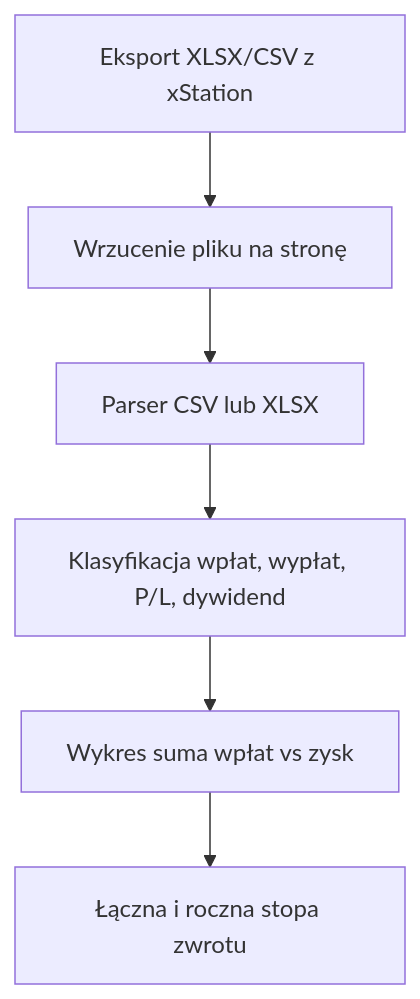
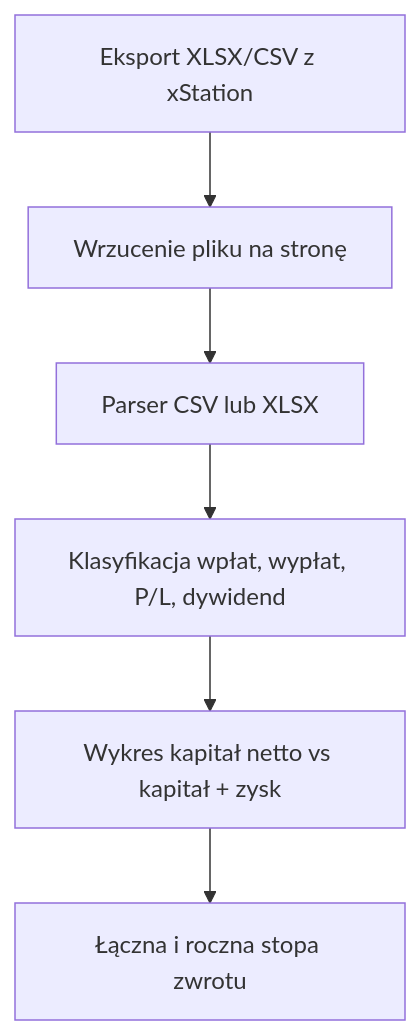
One commit to WojtejMN/XTB_IMPORT changed the diagram in docs/PLAN.md. Above: the diagram before and after it, drawn with Mermaid. The commit also changed other lines of this file and 11 other files, not shown here.

````diff
--- a/docs/PLAN.md
+++ b/docs/PLAN.md
@@ -34,8 +35,8 @@
 ```mermaid
 flowchart TD
   A[Eksport XLSX/CSV z xStation] --> B[Wrzucenie pliku na stronę]
   B --> C[Parser CSV lub XLSX]
   C --> D[Klasyfikacja wpłat, wypłat, P/L, dywidend]
-  D --> E[Wykres suma wpłat vs zysk]
+  D --> E[Wykres kapitał netto vs kapitał + zysk]
   E --> F[Łączna i roczna stopa zwrotu]
 ```
````
